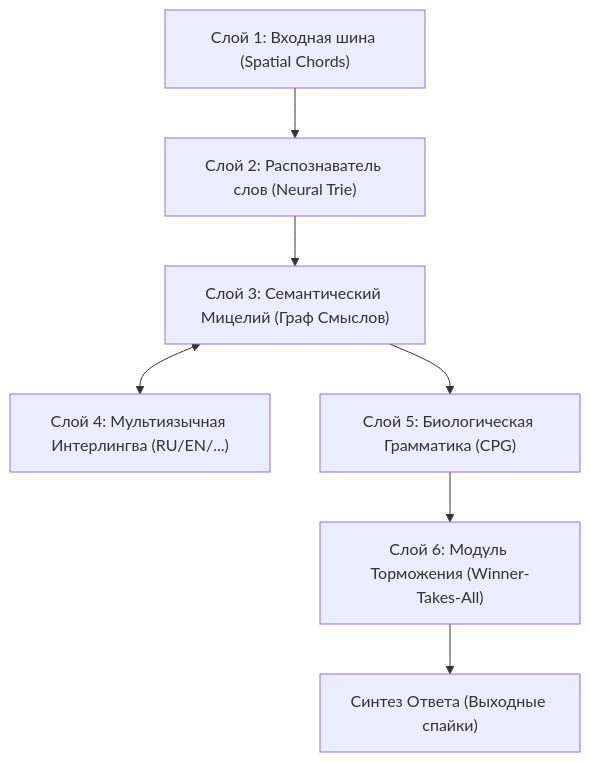
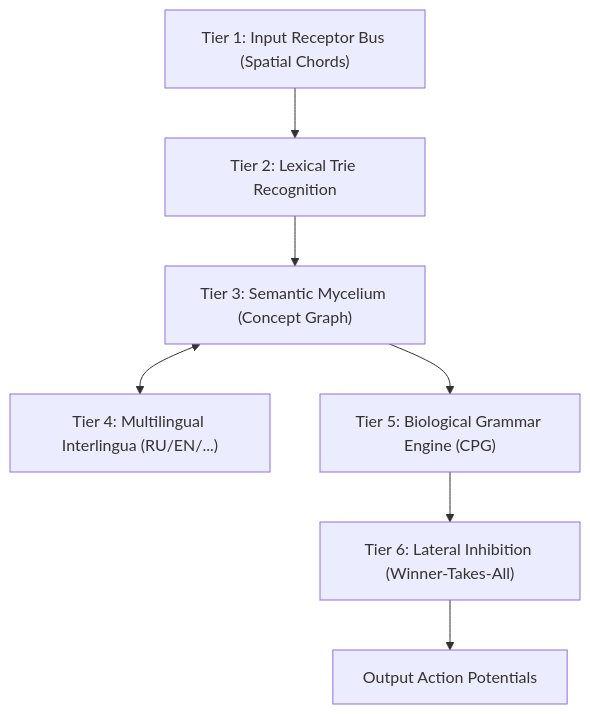
Before and after one commit to sangaafilum/Obscura: the diagram in docs/mycelium/ARCHITECTURE_MYCELIUM.md, drawn with Mermaid. The commit also changed other lines of this file and 3 other files, not shown here.

Commit message:
docs: translate all documentation to professional English (README, Whitepaper, Architecture)

````diff
--- a/docs/mycelium/ARCHITECTURE_MYCELIUM.md
+++ b/docs/mycelium/ARCHITECTURE_MYCELIUM.md
@@ -81,9 +79,9 @@
 ```mermaid
 flowchart TD
-    A["Слой 1: Входная шина (Spatial Chords)"] --> B["Слой 2: Распознаватель слов (Neural Trie)"]
-    B --> C["Слой 3: Семантический Мицелий (Граф Смыслов)"]
-    C <--> D["Слой 4: Мультиязычная Интерлингва (RU/EN/...)"]
-    C --> E["Слой 5: Биологическая Грамматика (CPG)"]
-    E --> F["Слой 6: Модуль Торможения (Winner-Takes-All)"]
-    F --> G["Синтез Ответа (Выходные спайки)"]
+    A["Tier 1: Input Receptor Bus (Spatial Chords)"] --> B["Tier 2: Lexical Trie Recognition"]
+    B --> C["Tier 3: Semantic Mycelium (Concept Graph)"]
+    C <--> D["Tier 4: Multilingual Interlingua (RU/EN/...)"]
+    C --> E["Tier 5: Biological Grammar Engine (CPG)"]
+    E --> F["Tier 6: Lateral Inhibition (Winner-Takes-All)"]
+    F --> G["Output Action Potentials"]
 ```
````
